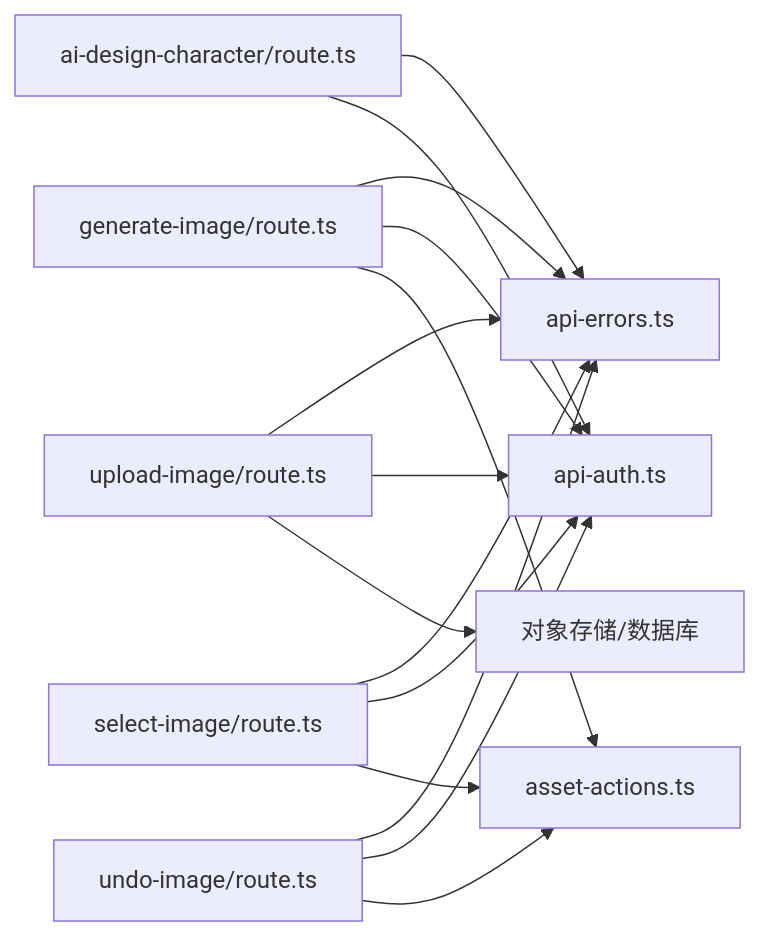
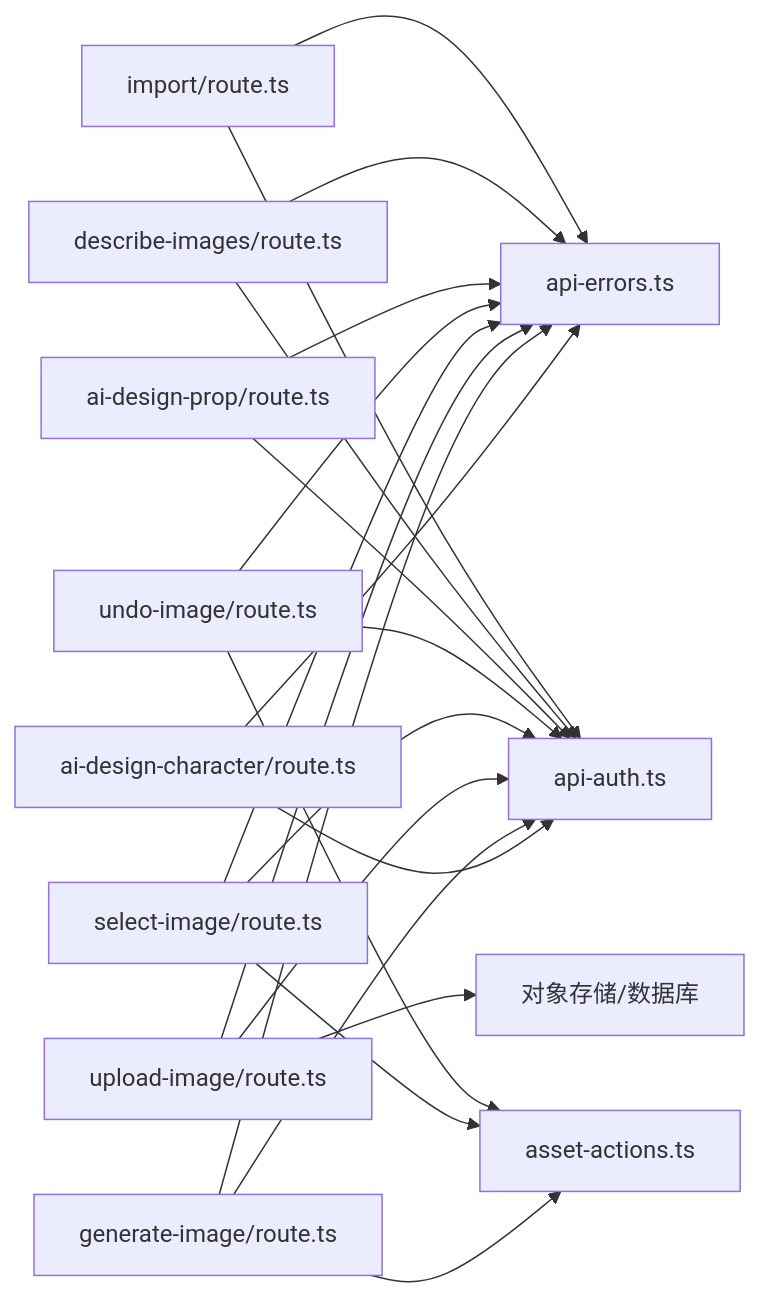
The fifth of 6 diagrams in .qoder/repowiki/zh/content/API参考文档/REST API接口/资产中心API.md (lyl2021/waoowaoo), drawn with Mermaid before and after one commit. The commit also changed other lines of this file and 43 other files, not shown here.

````diff
--- a/.qoder/repowiki/zh/content/API参考文档/REST API接口/资产中心API.md
+++ b/.qoder/repowiki/zh/content/API参考文档/REST API接口/资产中心API.md
@@ -367,17 +486,23 @@
 ```mermaid
 graph LR
 R1["ai-design-character/route.ts"] --> E["api-errors.ts"]
 R1 --> A1["api-auth.ts"]
 R2["generate-image/route.ts"] --> E
 R2 --> A1
 R2 --> S1["asset-actions.ts"]
 R3["upload-image/route.ts"] --> E
 R3 --> A1
 R3 --> S2["对象存储/数据库"]
 R4["select-image/route.ts"] --> E
 R4 --> A1
 R4 --> S1
 R5["undo-image/route.ts"] --> E
 R5 --> A1
 R5 --> S1
+R6["ai-design-prop/route.ts"] --> E
+R6 --> A1
+R7["describe-images/route.ts"] --> E
+R7 --> A1
+R8["import/route.ts"] --> E
+R8 --> A1
 ```
````
